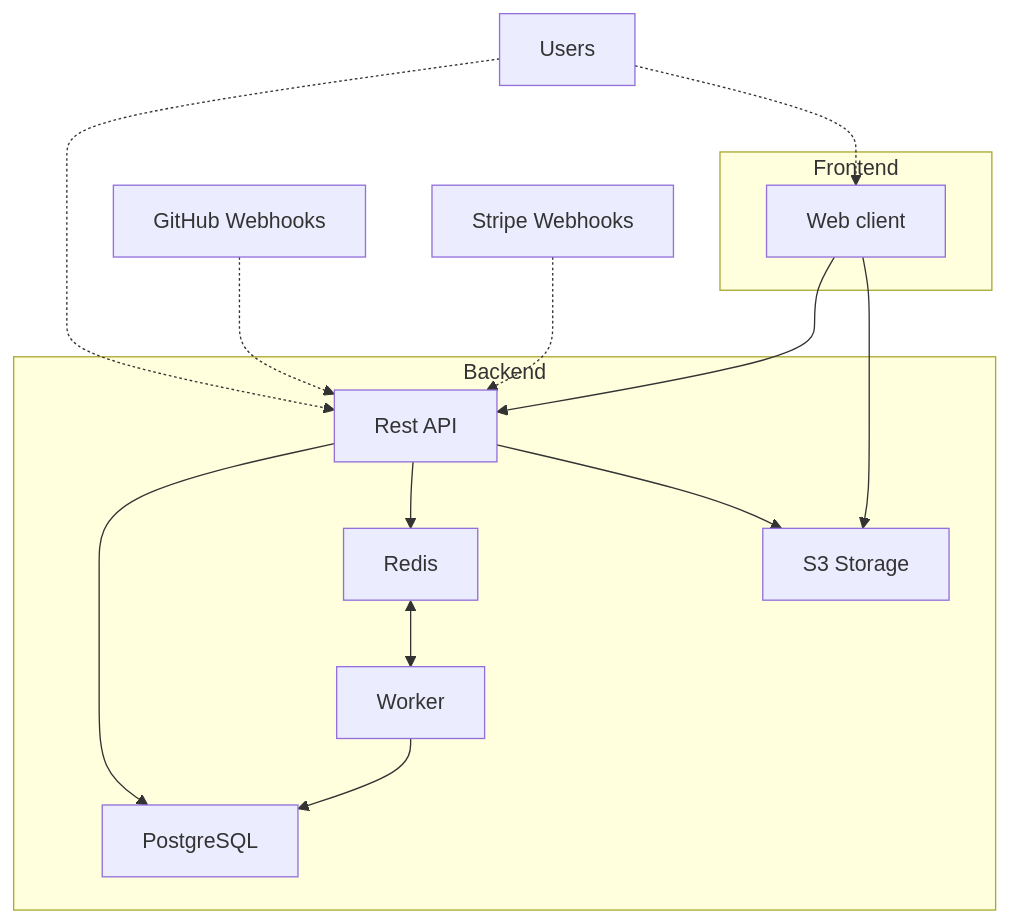
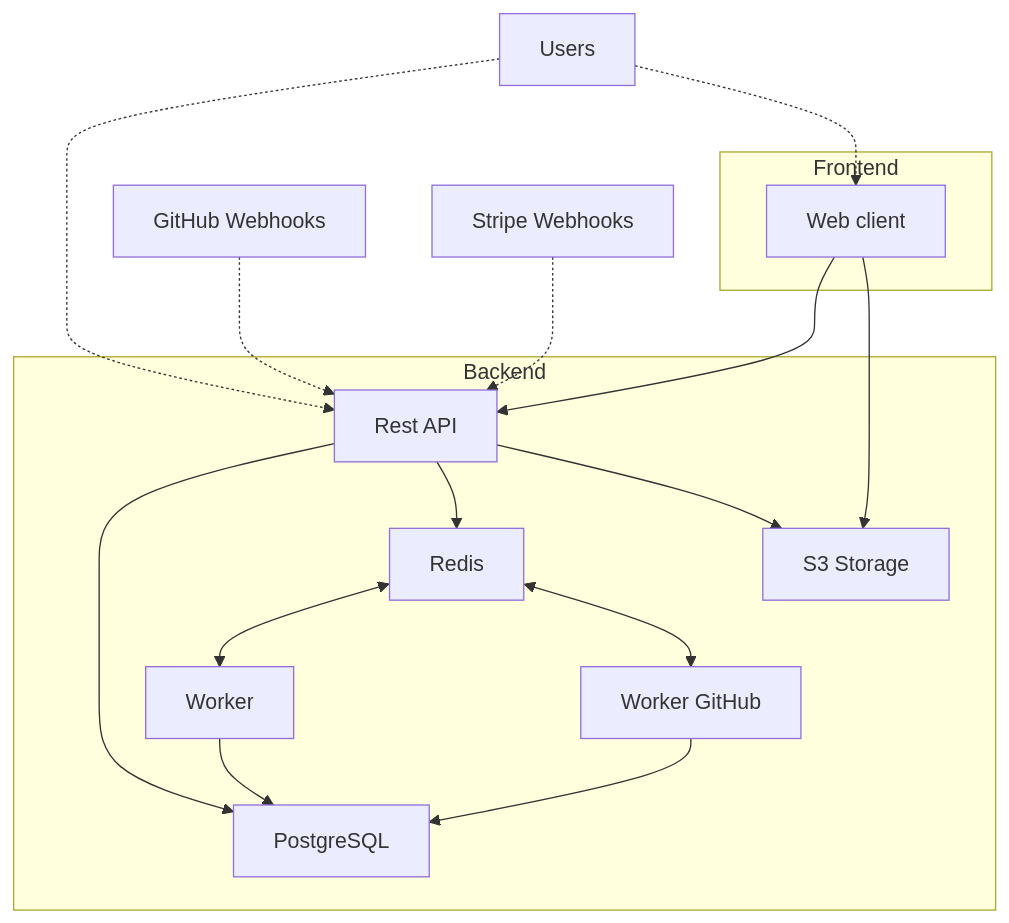
The diagram in DEVELOPMENT.md (dreamableai/polar_coporation), drawn with Mermaid before and after one commit. The commit also changed other lines of this file and 4 other files, not shown here.

````diff
--- a/DEVELOPMENT.md
+++ b/DEVELOPMENT.md
@@ -11,29 +11,32 @@
 ```mermaid
 flowchart TD
     subgraph "Backend"
         API["Rest API"]
         POSTGRESQL["PostgreSQL"]
         REDIS["Redis"]
         S3["S3 Storage"]
         WORKER["Worker"]
+        WORKER_GITHUB["Worker GitHub"]
     end
     subgraph "Frontend"
         WEB["Web client"]
     end
     GITHUB_WH["GitHub Webhooks"]
     STRIPE_WH["Stripe Webhooks"]
     USERS["Users"]
 
     WEB --> API
     API --> POSTGRESQL
     API --> REDIS
     REDIS <--> WORKER
+    REDIS <--> WORKER_GITHUB
     WORKER --> POSTGRESQL
+    WORKER_GITHUB --> POSTGRESQL
     API --> S3
     WEB --> S3
 
     GITHUB_WH -.-> API
     STRIPE_WH -.-> API
     USERS -.-> API
     USERS -.-> WEB
 ```
````
